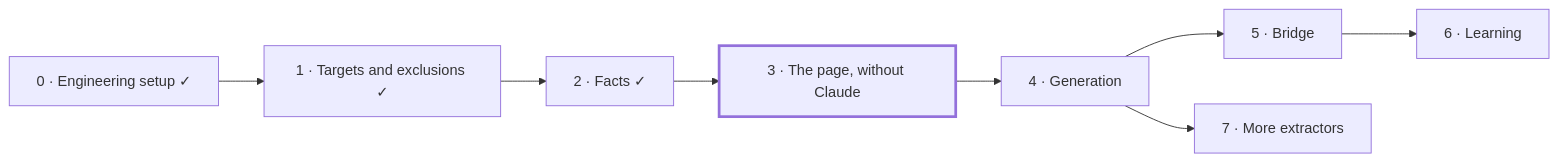
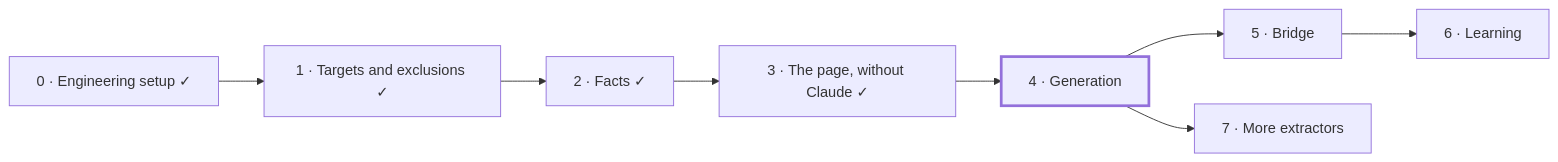
One commit to mohamed-abdelsattar92/codetrail changed the sixth of 6 diagrams in README.md. Above: the diagram before and after it, drawn with Mermaid. The commit also changed other lines of this file and 4 other files, not shown here.

````diff
--- a/README.md
+++ b/README.md
@@ -236,11 +236,11 @@
 ```mermaid
 flowchart LR
     P0["0 · Engineering setup ✓"] --> P1["1 · Targets and exclusions ✓"]
     P1 --> P2["2 · Facts ✓"]
-    P2 --> P3["3 · The page, without Claude"]:::next
-    P3 --> P4["4 · Generation"]
+    P2 --> P3["3 · The page, without Claude ✓"]
+    P3 --> P4["4 · Generation"]:::next
     P4 --> P5["5 · Bridge"]
     P5 --> P6["6 · Learning"]
     P4 --> P7["7 · More extractors"]
     classDef next stroke-width:3px
 ```
````
